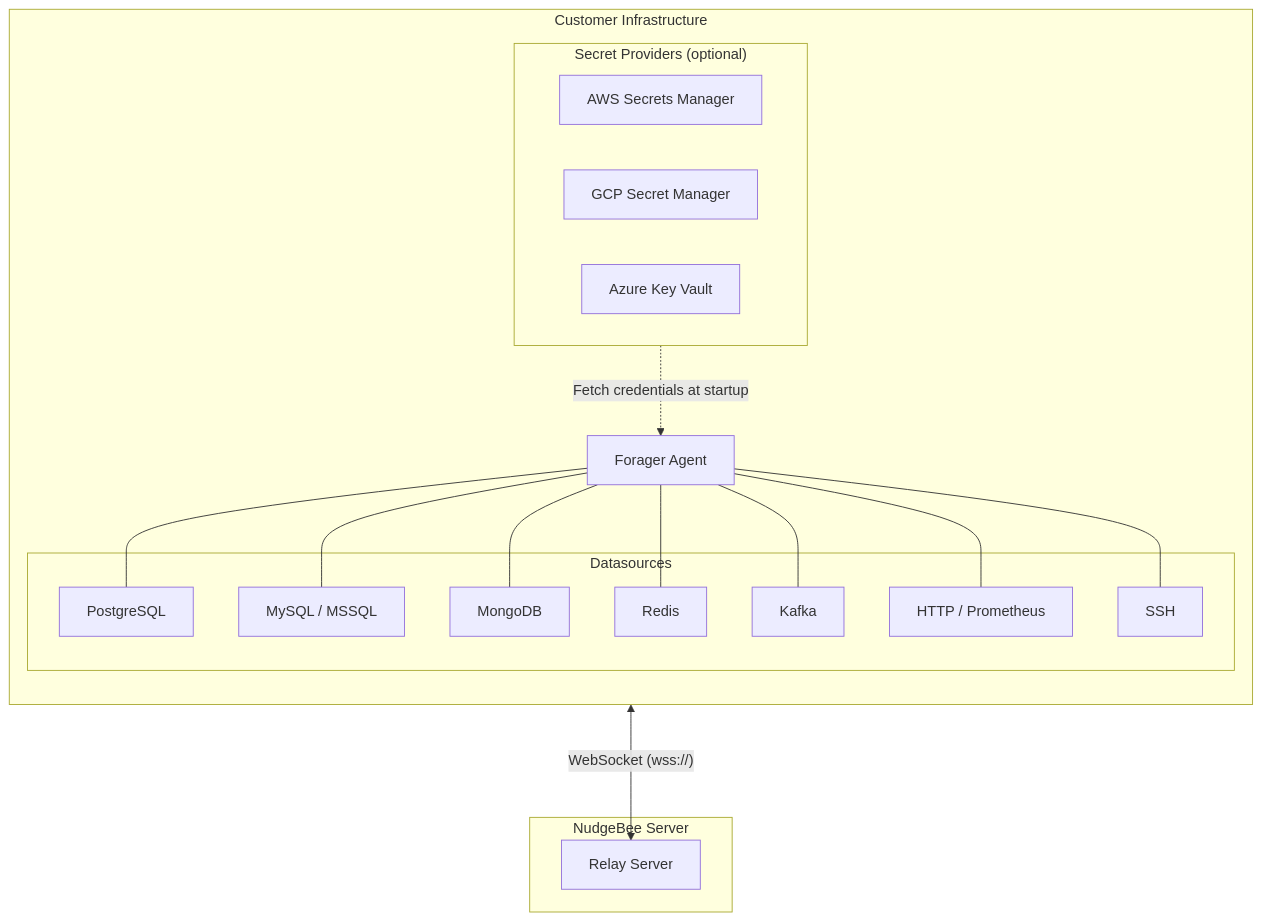
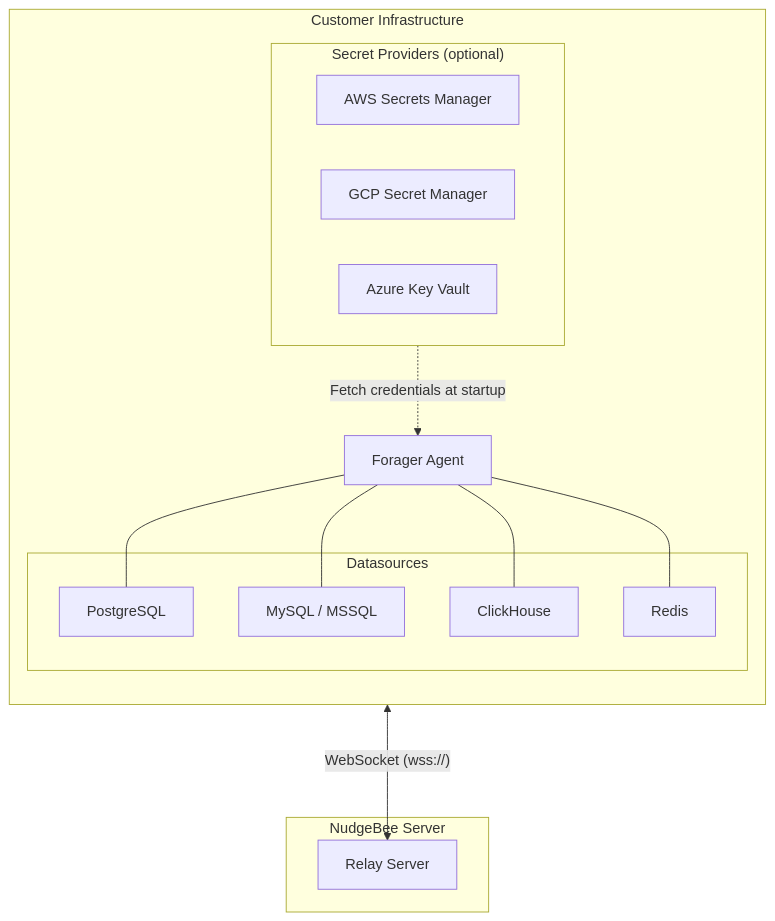
One commit to nudgebee/nudgebee-docs changed the diagram in doc-server/docs/installation/agent/proxy-agent/overview.md. Above: the diagram before and after it, drawn with Mermaid. The commit also changed other lines of this file and 2 other files, not shown here.

Commit message:
docs: update proxy agent docs with ssl/tls config, helm values, and remove unsupported datasource types
- Add ssl_mode and tls_enabled datasource fields to configuration reference
- Add Cloud SQL and ClickHouse examples to full config
- Add Helm values reference with cloud provider config
- Add GKE/EKS/AKS deployment examples with secret provider setup
- Remove unsupported datasource types (kafka, http, prometheus, ssh, mongodb)

````diff
--- a/doc-server/docs/installation/agent/proxy-agent/overview.md
+++ b/doc-server/docs/installation/agent/proxy-agent/overview.md
@@ -11,39 +11,33 @@
 ```mermaid
 flowchart TB
     subgraph infra["Customer Infrastructure"]
         direction TB
         F["Forager Agent"]
 
         subgraph ds["Datasources"]
             PG["PostgreSQL"]
             MY["MySQL / MSSQL"]
-            MG["MongoDB"]
+            CH["ClickHouse"]
             RD["Redis"]
-            KF["Kafka"]
-            HTTP["HTTP / Prometheus"]
-            SSH["SSH"]
         end
 
         subgraph secrets["Secret Providers (optional)"]
             AWS["AWS Secrets Manager"]
             GCP["GCP Secret Manager"]
             AZ["Azure Key Vault"]
         end
     end
 
     subgraph nb["NudgeBee Server"]
         RS["Relay Server"]
     end
 
     F <--->|"WebSocket (wss://)"| RS
 
     F --- PG
     F --- MY
-    F --- MG
+    F --- CH
     F --- RD
-    F --- KF
-    F --- HTTP
-    F --- SSH
 
     secrets -.->|"Fetch credentials at startup"| F
 ```
````
